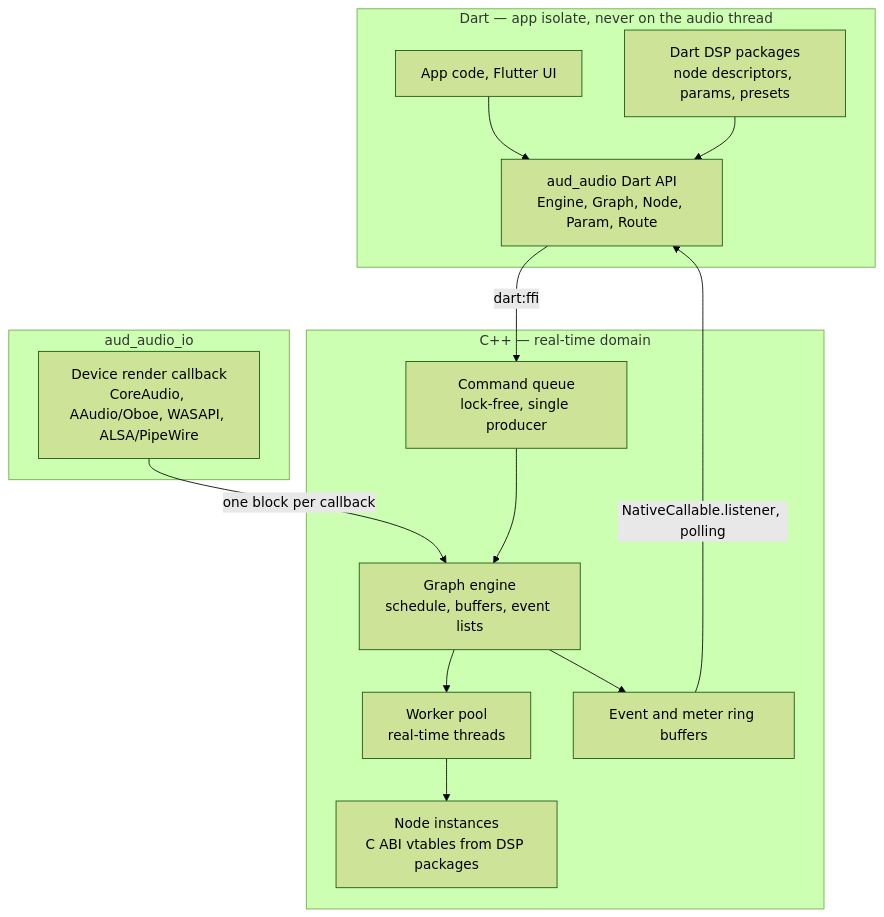
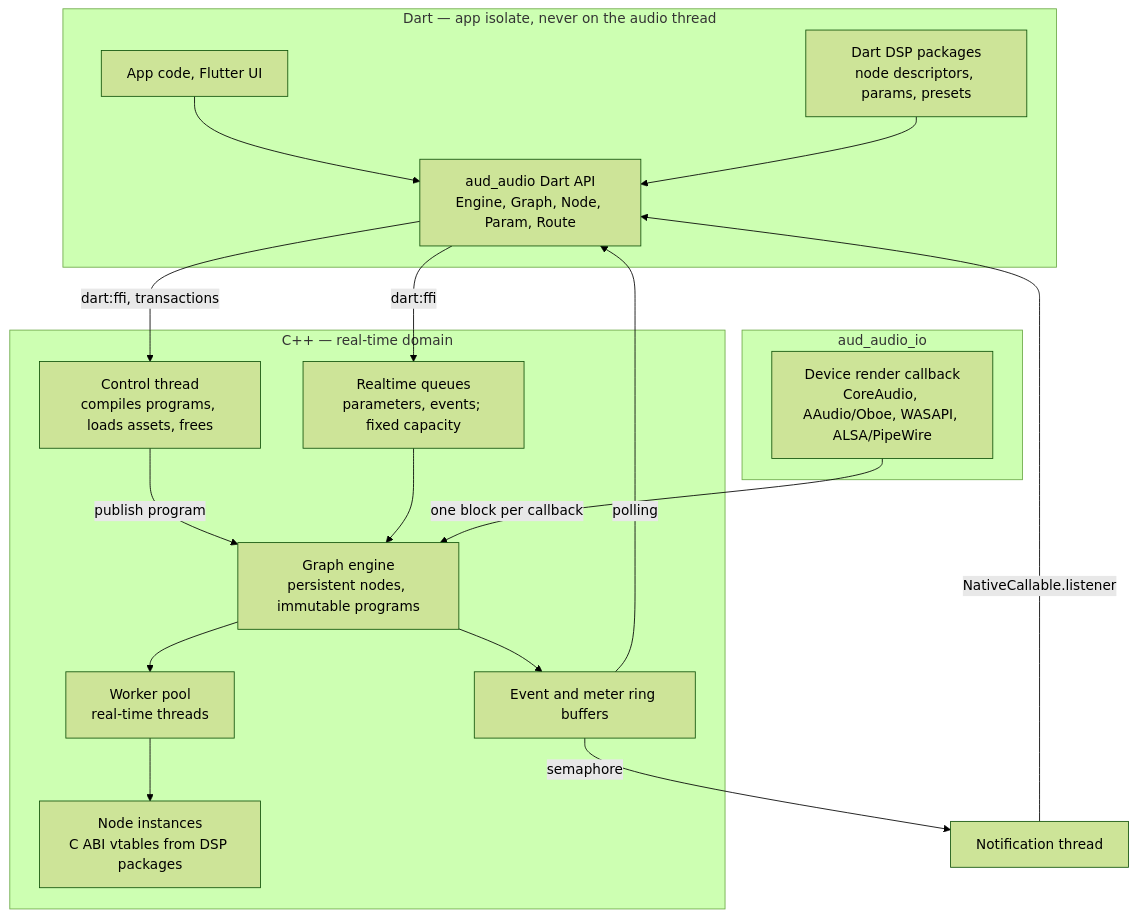
The diagram in doc/2026-Q4/architecture/img/runtime-native.mmd (audaudio/aud_audio_pm), drawn with Mermaid (forest theme) before and after one commit. The commit also changed 21 other files, not shown here.

```diff
--- a/doc/2026-Q4/architecture/img/runtime-native.mmd
+++ b/doc/2026-Q4/architecture/img/runtime-native.mmd
@@ -1,24 +1,29 @@
 flowchart TB
   subgraph DartSide[Dart — app isolate, never on the audio thread]
     App[App code, Flutter UI]
     API[aud_audio Dart API<br/>Engine, Graph, Node, Param, Route]
     Pkgs[Dart DSP packages<br/>node descriptors, params, presets]
   end
   subgraph Native[C++ — real-time domain]
-    Cmd[Command queue<br/>lock-free, single producer]
-    Engine[Graph engine<br/>schedule, buffers, event lists]
+    Ctl[Control thread<br/>compiles programs, loads assets, frees]
+    Cmd[Realtime queues<br/>parameters, events; fixed capacity]
+    Engine[Graph engine<br/>persistent nodes, immutable programs]
     Workers[Worker pool<br/>real-time threads]
     Nodes[Node instances<br/>C ABI vtables from DSP packages]
     Out[Event and meter ring buffers]
   end
   subgraph IO[aud_audio_io]
     Device[Device render callback<br/>CoreAudio, AAudio/Oboe, WASAPI, ALSA/PipeWire]
   end
   App --> API
   Pkgs --> API
+  API -->|dart:ffi, transactions| Ctl
   API -->|dart:ffi| Cmd
+  Ctl -->|publish program| Engine
   Cmd --> Engine
   Engine --> Workers --> Nodes
   Device -->|one block per callback| Engine
   Engine --> Out
-  Out -->|NativeCallable.listener, polling| API
+  Out -->|semaphore| Notify[Notification thread]
+  Notify -->|NativeCallable.listener| API
+  Out -->|polling| API
```
